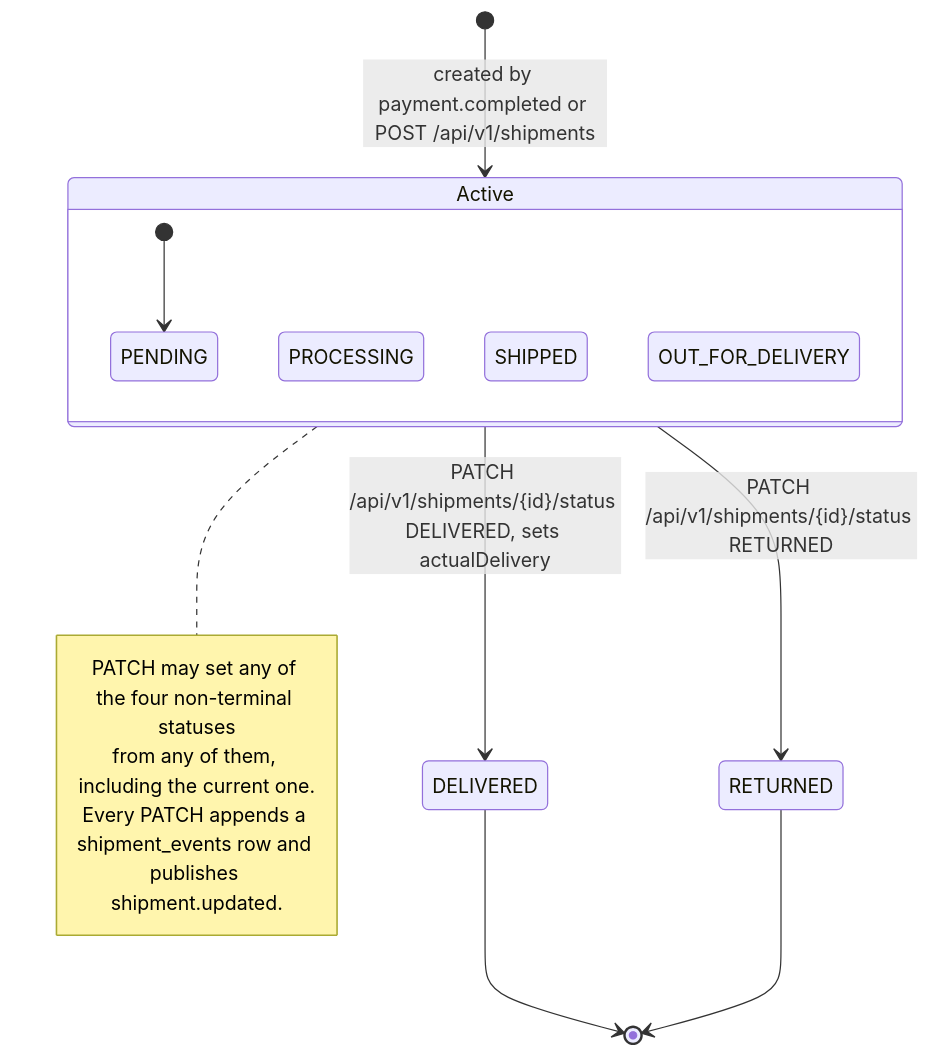
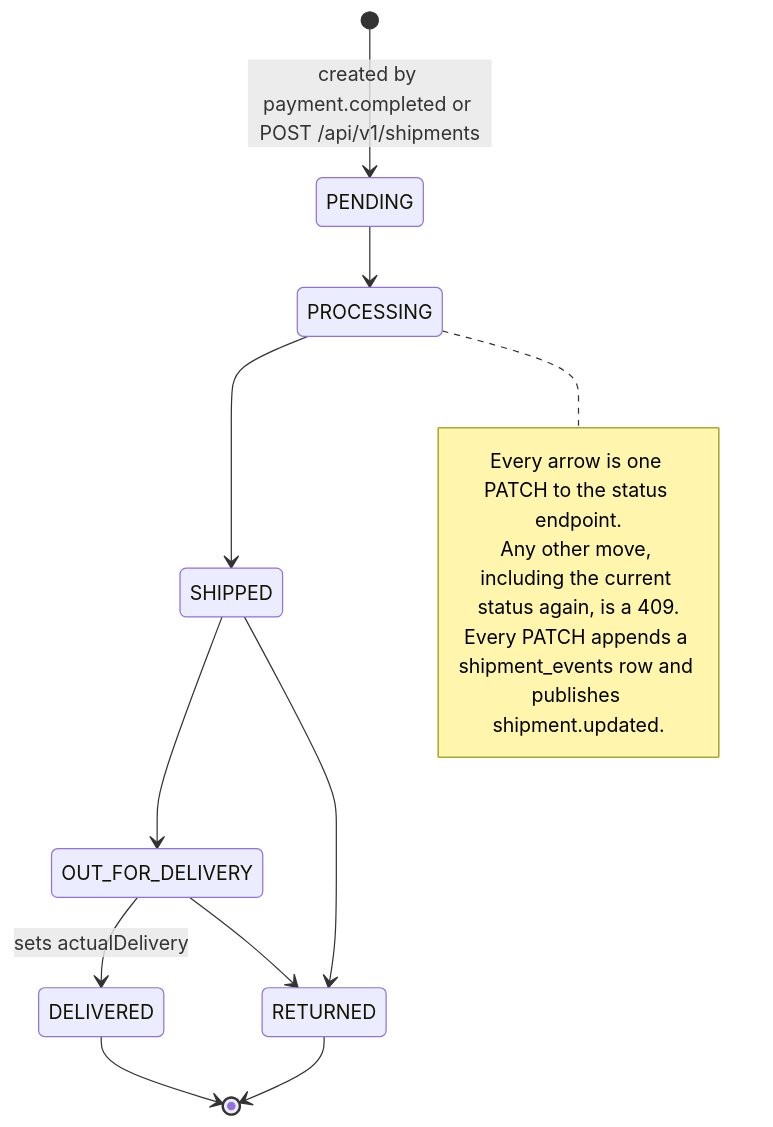
The second of 3 diagrams in docs/services/shipping-service.md (bmcnpnr/ecommerce-platform), drawn with Mermaid before and after one commit. The commit also changed other lines of this file and 58 other files, not shown here.

````diff
--- a/docs/services/shipping-service.md
+++ b/docs/services/shipping-service.md
@@ -101,20 +107,17 @@
 ```mermaid
 stateDiagram-v2
-    [*] --> Active: created by payment.completed or POST /api/v1/shipments
-    state Active {
-        [*] --> PENDING
-        PENDING
-        PROCESSING
-        SHIPPED
-        OUT_FOR_DELIVERY
-    }
-    Active --> DELIVERED: PATCH /api/v1/shipments/{id}/status DELIVERED, sets actualDelivery
-    Active --> RETURNED: PATCH /api/v1/shipments/{id}/status RETURNED
+    [*] --> PENDING: created by payment.completed or POST /api/v1/shipments
+    PENDING --> PROCESSING
+    PROCESSING --> SHIPPED
+    SHIPPED --> OUT_FOR_DELIVERY
+    SHIPPED --> RETURNED
+    OUT_FOR_DELIVERY --> DELIVERED: sets actualDelivery
+    OUT_FOR_DELIVERY --> RETURNED
     DELIVERED --> [*]
     RETURNED --> [*]
-    note right of Active
-        PATCH may set any of the four non-terminal statuses
-        from any of them, including the current one.
+    note right of PROCESSING
+        Every arrow is one PATCH to the status endpoint.
+        Any other move, including the current status again, is a 409.
         Every PATCH appends a shipment_events row and publishes shipment.updated.
     end note
 ```
````
